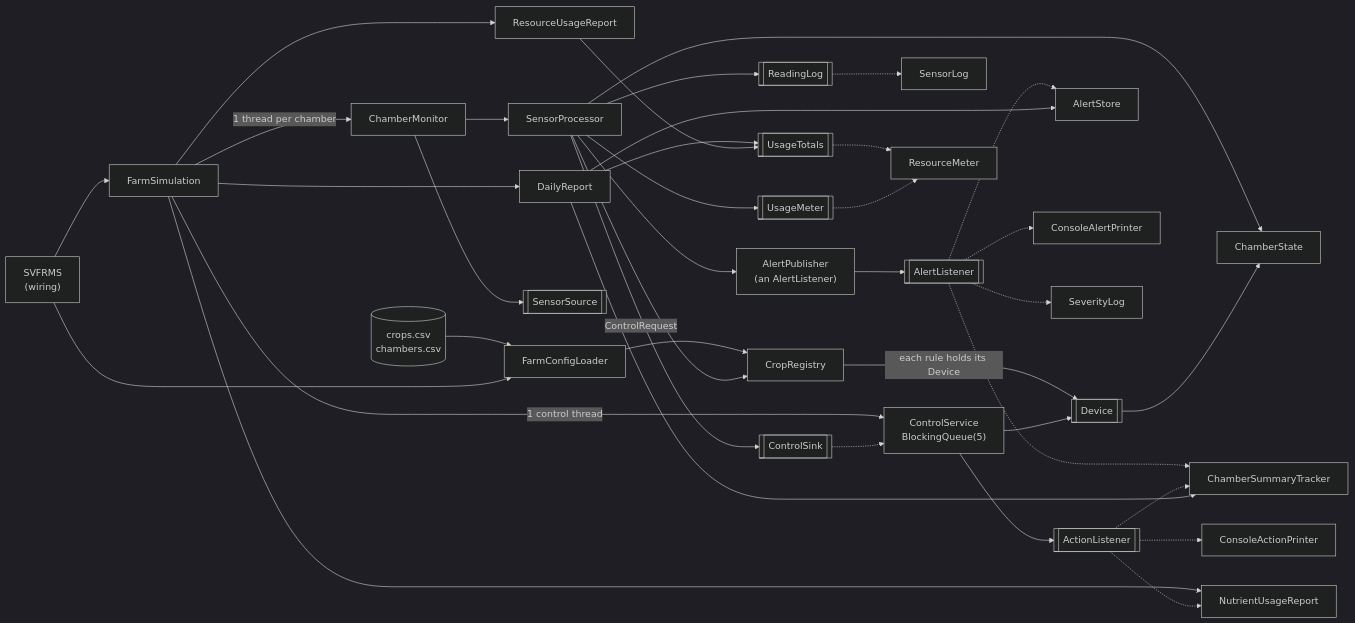
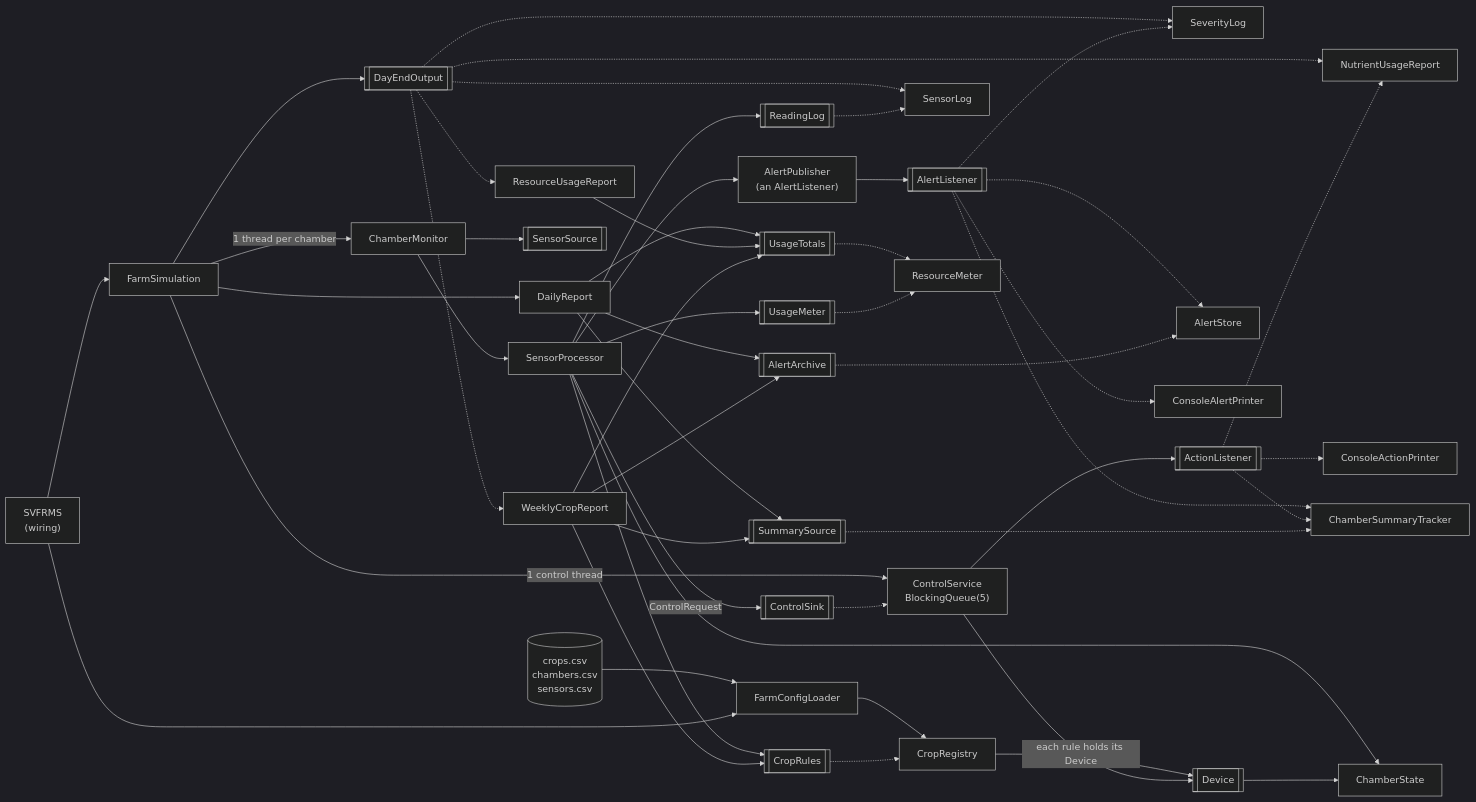
The first of 2 diagrams in README.md (ansonpoh/SE301_Project), drawn with Mermaid (dark theme) before and after one commit. The commit also changed other lines of this file and 11 other files, not shown here.

Commit message:
Fix stale and incorrect doc details (crops.csv columns, diagram, package table, phase docs), regenerate README.pdf and run.jar

````diff
--- a/README.md
+++ b/README.md
@@ -183,40 +183,51 @@
 ```mermaid
 flowchart LR
-    CSV[("crops.csv<br/>chambers.csv")] --> CFG[FarmConfigLoader]
+    CSV[("crops.csv<br/>chambers.csv<br/>sensors.csv")] --> CFG[FarmConfigLoader]
     MAIN["SVFRMS<br/>(wiring)"] --> SIM[FarmSimulation]
     MAIN --> CFG
     CFG --> REG[CropRegistry]
     SIM -->|"1 thread per chamber"| MON[ChamberMonitor]
     SIM -->|"1 control thread"| CTRL["ControlService<br/>BlockingQueue(5)"]
     SIM --> RPT[DailyReport]
-    SIM --> USE[ResourceUsageReport]
-    SIM --> NUT[NutrientUsageReport]
+    SIM --> OUT[["DayEndOutput"]]
+    OUT -.-> USE[ResourceUsageReport]
+    OUT -.-> NUT[NutrientUsageReport]
+    OUT -.-> WK[WeeklyCropReport]
+    OUT -.-> SEV
+    OUT -.-> SLOG
     MON --> SRC[["SensorSource"]]
     MON --> PROC[SensorProcessor]
-    PROC --> REG
+    PROC --> RULES[["CropRules"]]
+    RULES -.-> REG
     REG -->|"each rule holds its Device"| DEV
     PROC --> STATE[ChamberState]
     PROC --> METER[["UsageMeter"]]
     PROC --> RLOG[["ReadingLog"]]
     RLOG -.-> SLOG[SensorLog]
     PROC --> PUB["AlertPublisher<br/>(an AlertListener)"]
     PROC -->|ControlRequest| SINK[["ControlSink"]]
     SINK -.-> CTRL
     PUB --> L[["AlertListener"]]
     L -.-> TRK[ChamberSummaryTracker]
     L -.-> STORE[AlertStore]
     L -.-> PRN[ConsoleAlertPrinter]
     L -.-> SEV[SeverityLog]
     CTRL --> DEV[["Device"]]
     DEV --> STATE
     CTRL --> AL[["ActionListener"]]
     AL -.-> TRK
     AL -.-> APRN[ConsoleActionPrinter]
     AL -.-> NUT
-    RPT --> STORE
+    RPT --> ARCH[["AlertArchive"]]
+    ARCH -.-> STORE
     RPT --> TOT[["UsageTotals"]]
     USE --> TOT
     TOT -.-> RM[ResourceMeter]
     METER -.-> RM
-    RPT --> TRK
+    RPT --> SUMS[["SummarySource"]]
+    SUMS -.-> TRK
+    WK --> ARCH
+    WK --> SUMS
+    WK --> TOT
+    WK --> RULES
 ```
````
